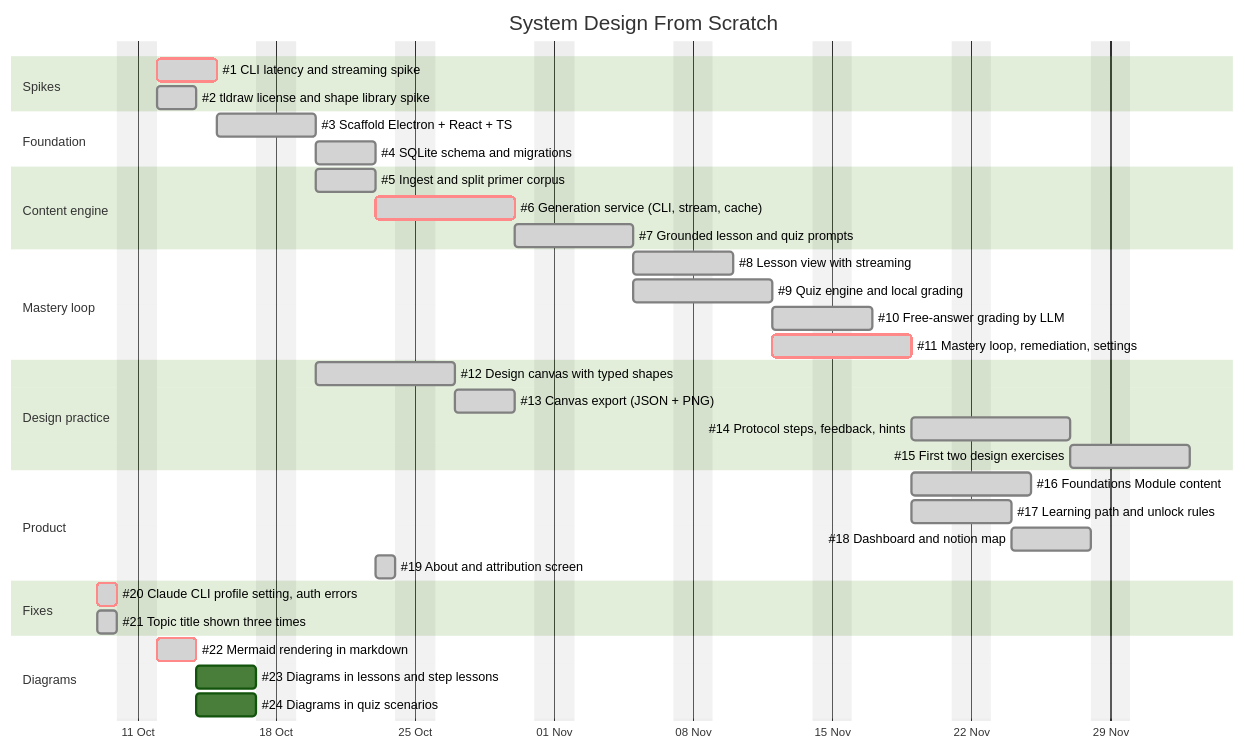
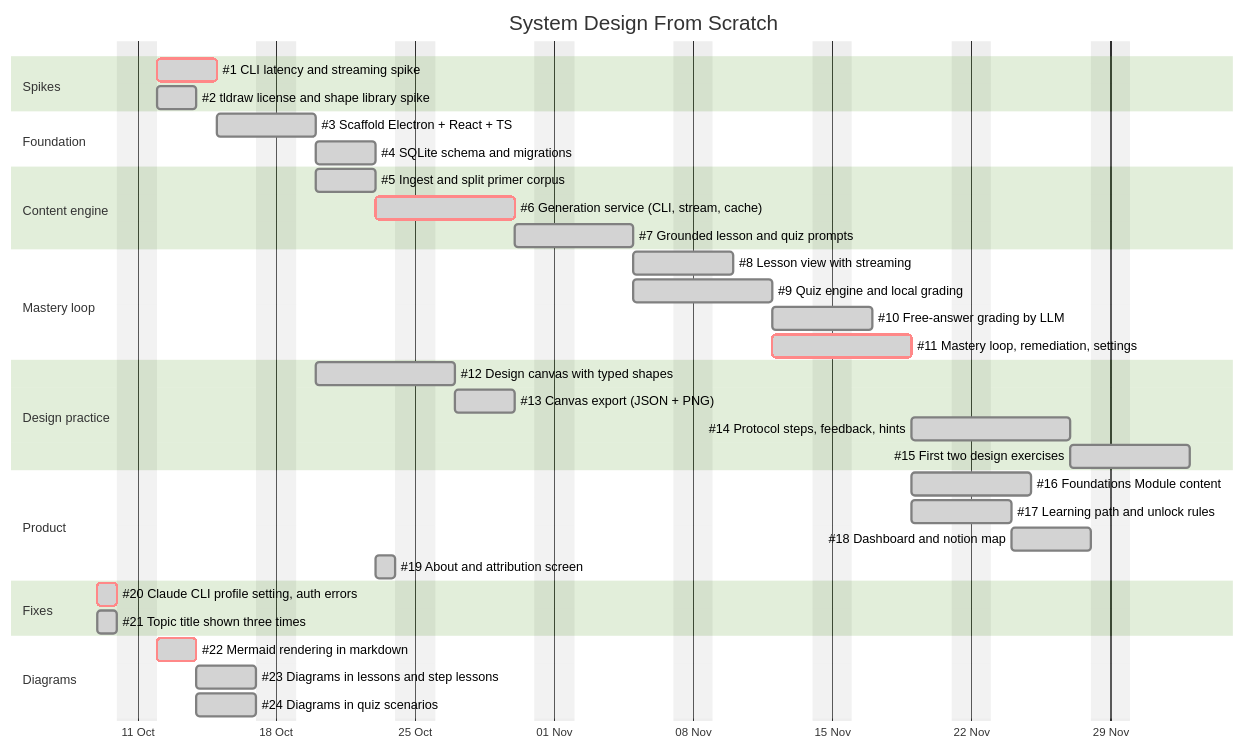
One commit to jbclaramonte/system-design-from-scratch changed the diagram in docs/ROADMAP.md. Above: the diagram before and after it, drawn with Mermaid (forest theme). The commit also changed 43 other files, not shown here.

First line of the commit message:
feat: Mermaid diagrams in lessons (#23) and quiz scenarios (#24)

````diff
--- a/docs/ROADMAP.md
+++ b/docs/ROADMAP.md
@@ -13,47 +13,47 @@
 ```mermaid
 gantt
     title System Design From Scratch
     dateFormat YYYY-MM-DD
     excludes weekends
     axisFormat %d %b
 
     section Spikes
     #1 CLI latency and streaming spike        :done, crit, s1, 2026-10-12, 3d
     #2 tldraw license and shape library spike :done, s2, 2026-10-12, 2d
 
     section Foundation
     #3 Scaffold Electron + React + TS         :done, f1, after s1, 3d
     #4 SQLite schema and migrations           :done, f2, after f1, 3d
 
     section Content engine
     #5 Ingest and split primer corpus         :done, c1, after f1, 3d
     #6 Generation service (CLI, stream, cache):done, crit, c2, after f2, 5d
     #7 Grounded lesson and quiz prompts       :done, c3, after c1 c2, 4d
 
     section Mastery loop
     #8 Lesson view with streaming             :done, m1, after c3, 3d
     #9 Quiz engine and local grading          :done, m2, after c3, 5d
     #10 Free-answer grading by LLM            :done, m3, after m2, 3d
     #11 Mastery loop, remediation, settings   :done, crit, m4, after m1 m2, 5d
 
     section Design practice
     #12 Design canvas with typed shapes       :done, d1, after s2 f1, 5d
     #13 Canvas export (JSON + PNG)            :done, d2, after d1, 3d
     #14 Protocol steps, feedback, hints       :done, d3, after d2 m4, 6d
     #15 First two design exercises            :done, d4, after d3, 4d
 
     section Product
     #16 Foundations Module content            :done, p1, after m4, 4d
     #17 Learning path and unlock rules        :done, p2, after m4, 3d
     #18 Dashboard and notion map              :done, p3, after p2, 4d
     #19 About and attribution screen          :done, p4, after c1, 1d
 
     section Fixes
     #20 Claude CLI profile setting, auth errors :done, crit, x1, 2026-10-09, 1d
     #21 Topic title shown three times         :done, x2, 2026-10-09, 1d
 
     section Diagrams
     #22 Mermaid rendering in markdown         :done, crit, g1, 2026-10-12, 2d
-    #23 Diagrams in lessons and step lessons  :g2, after g1, 3d
-    #24 Diagrams in quiz scenarios            :g3, after g1, 3d
+    #23 Diagrams in lessons and step lessons  :done, g2, after g1, 3d
+    #24 Diagrams in quiz scenarios            :done, g3, after g1, 3d
 ```
````
